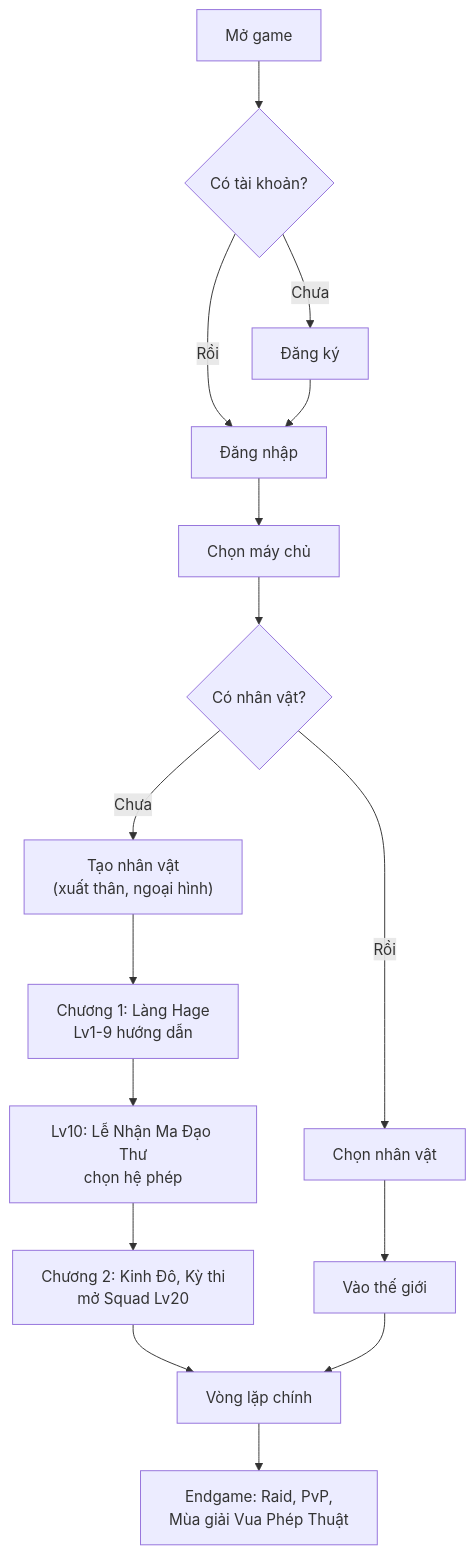
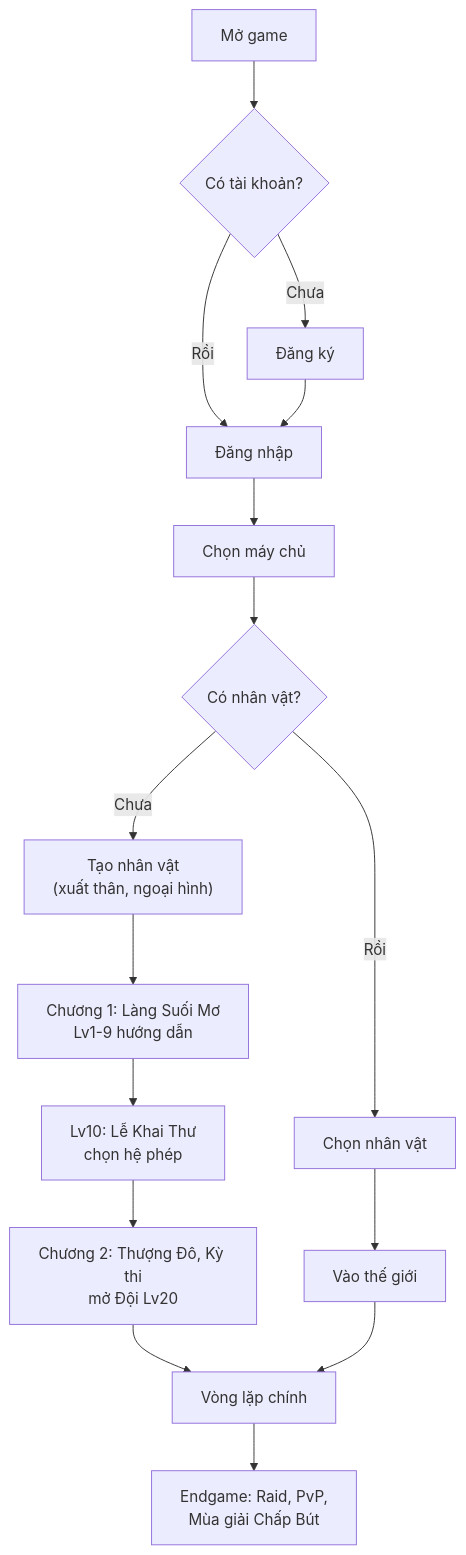
The first of 13 diagrams in docs/workflows/player-journey.md (thehuygnouhk/game-2d), drawn with Mermaid before and after one commit. The commit also changed other lines of this file and 35 other files, not shown here.

````diff
--- a/docs/workflows/player-journey.md
+++ b/docs/workflows/player-journey.md
@@ -7,18 +7,18 @@
 ```mermaid
 flowchart TD
     A["Mở game"] --> B{"Có tài khoản?"}
     B -- "Chưa" --> C["Đăng ký"]
     B -- "Rồi" --> D["Đăng nhập"]
     C --> D
     D --> E["Chọn máy chủ"]
     E --> F{"Có nhân vật?"}
     F -- "Chưa" --> G["Tạo nhân vật<br/>(xuất thân, ngoại hình)"]
     F -- "Rồi" --> H["Chọn nhân vật"]
-    G --> I["Chương 1: Làng Hage<br/>Lv1-9 hướng dẫn"]
+    G --> I["Chương 1: Làng Suối Mơ<br/>Lv1-9 hướng dẫn"]
     H --> J["Vào thế giới"]
-    I --> K["Lv10: Lễ Nhận Ma Đạo Thư<br/>chọn hệ phép"]
-    K --> L["Chương 2: Kinh Đô, Kỳ thi<br/>mở Squad Lv20"]
+    I --> K["Lv10: Lễ Khai Thư<br/>chọn hệ phép"]
+    K --> L["Chương 2: Thượng Đô, Kỳ thi<br/>mở Đội Lv20"]
     L --> M["Vòng lặp chính"]
     J --> M
-    M --> N["Endgame: Raid, PvP,<br/>Mùa giải Vua Phép Thuật"]
+    M --> N["Endgame: Raid, PvP,<br/>Mùa giải Chấp Bút"]
 ```
````
